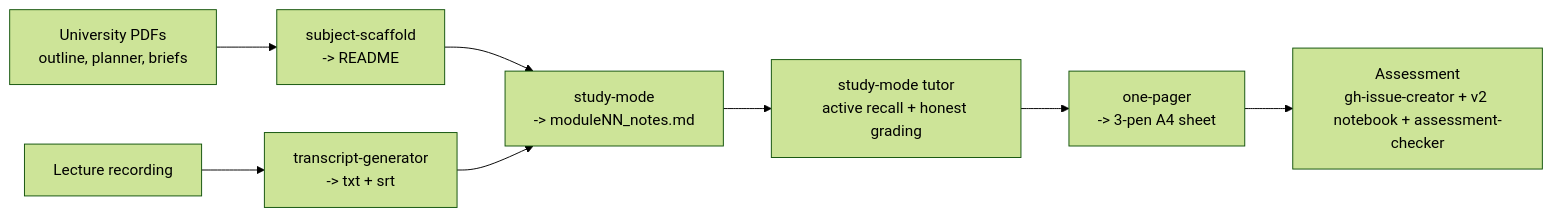
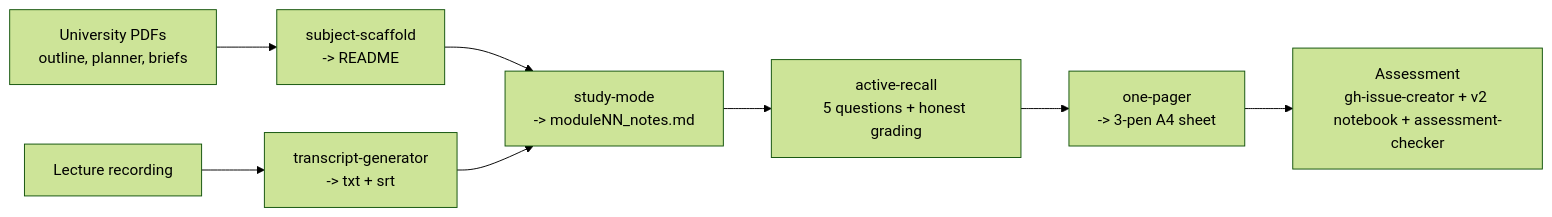
Before and after one commit to lfariabr/luisfaria.dev: the second of 3 diagrams in _docs/buildInPublic/devTo/2026_06_30_agentic-study-pipeline.md, drawn with Mermaid (forest theme). The commit also changed other lines of this file, not shown here.

Commit message:
feat(docs): document active-recall study workflow

````diff
--- a/_docs/buildInPublic/devTo/2026_06_30_agentic-study-pipeline.md
+++ b/_docs/buildInPublic/devTo/2026_06_30_agentic-study-pipeline.md
@@ -49,10 +49,10 @@
 ```mermaid
 flowchart LR
     PDF["University PDFs<br/>outline, planner, briefs"] --> S1["subject-scaffold<br/>-> README"]
     LEC["Lecture recording"] --> TG["transcript-generator<br/>-> txt + srt"]
     S1 --> S2["study-mode<br/>-> moduleNN_notes.md"]
     TG --> S2
-    S2 --> S3["study-mode tutor<br/>active recall + honest grading"]
+    S2 --> S3["active-recall<br/>5 questions + honest grading"]
     S3 --> S4["one-pager<br/>-> 3-pen A4 sheet"]
     S4 --> S5["Assessment<br/>gh-issue-creator + v2 notebook + assessment-checker"]
 ```
````
